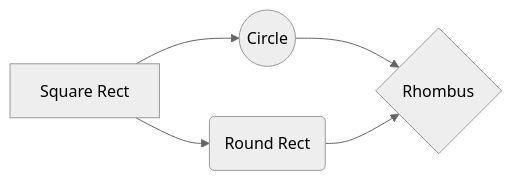
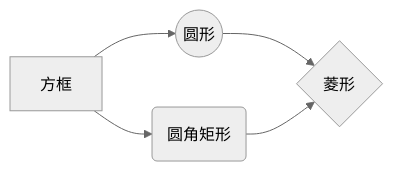
The second of 10 diagrams in project-docs/user-guide/MERMAID.md (agogo233/GoNote), drawn with Mermaid (neutral theme) before and after one commit. The commit also changed other lines of this file and 47 other files, not shown here.

````diff
--- a/project-docs/user-guide/MERMAID.md
+++ b/project-docs/user-guide/MERMAID.md
@@ -35,7 +78,7 @@
 ```mermaid
 graph LR
-    A[Square Rect] --> B((Circle))
-    A --> C(Round Rect)
-    B --> D{Rhombus}
+    A[方框] --> B((圆形))
+    A --> C(圆角矩形)
+    B --> D{菱形}
     C --> D
 ```
````
